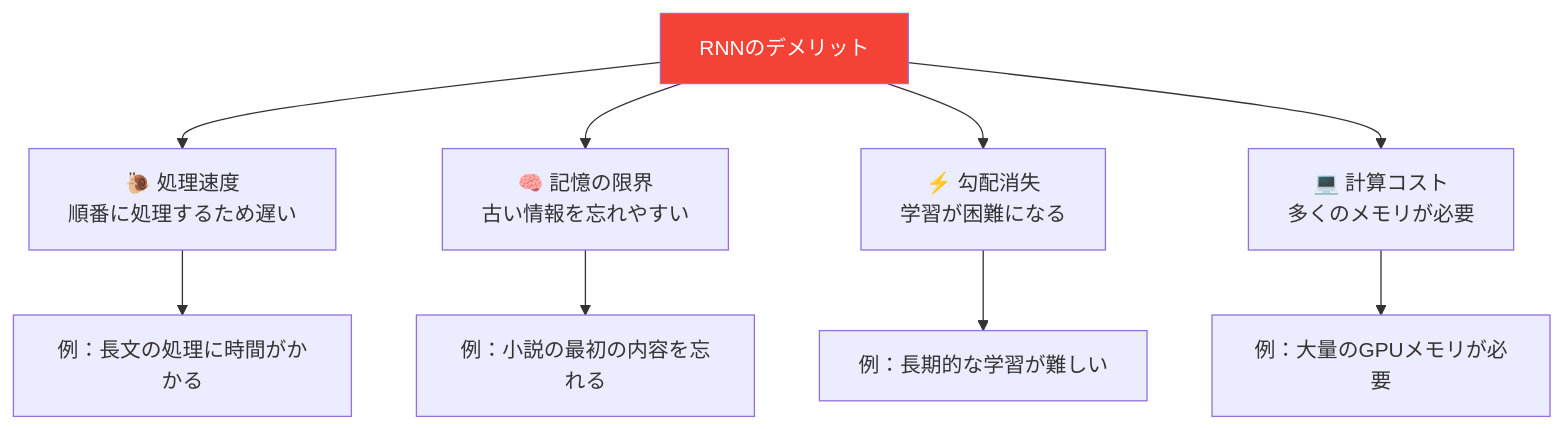
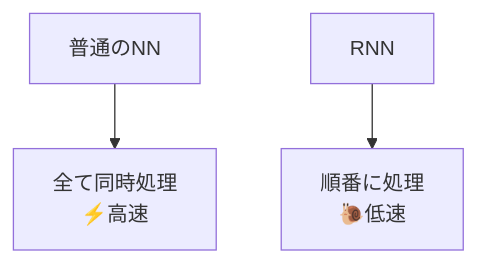
Before and after one commit to SparklingDetergent/doc_genai_mental_model: the ninth of 13 diagrams in AI/DeepLearning/RecurrentNeuralNetwork/README.MD, drawn with Mermaid. The commit also changed other lines of this file, not shown here.

````diff
--- a/AI/DeepLearning/RecurrentNeuralNetwork/README.MD
+++ b/AI/DeepLearning/RecurrentNeuralNetwork/README.MD
@@ -297,14 +252,5 @@
 ```mermaid
 graph TD
-    A[RNNのデメリット] --> B[🐌 処理速度<br/>順番に処理するため遅い]
-    A --> C[🧠 記憶の限界<br/>古い情報を忘れやすい]
-    A --> D[⚡ 勾配消失<br/>学習が困難になる]
-    A --> E[💻 計算コスト<br/>多くのメモリが必要]
-    
-    B --> B1[例：長文の処理に時間がかかる]
-    C --> C1[例：小説の最初の内容を忘れる]  
-    D --> D1[例：長期的な学習が難しい]
-    E --> E1[例：大量のGPUメモリが必要]
-    
-    style A fill:#f44336,color:#fff
+    A[普通のNN] --> B[全て同時処理<br/>⚡高速]
+    C[RNN] --> D[順番に処理<br/>🐌低速]
 ```
````
